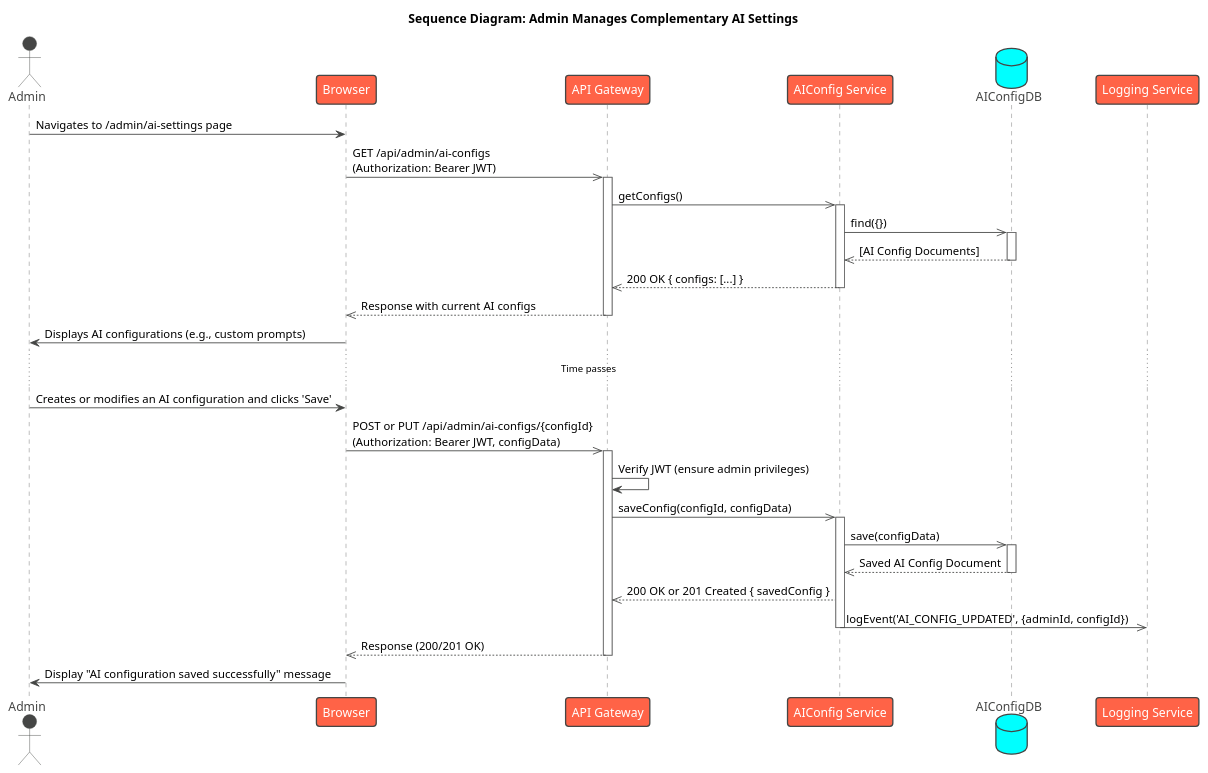
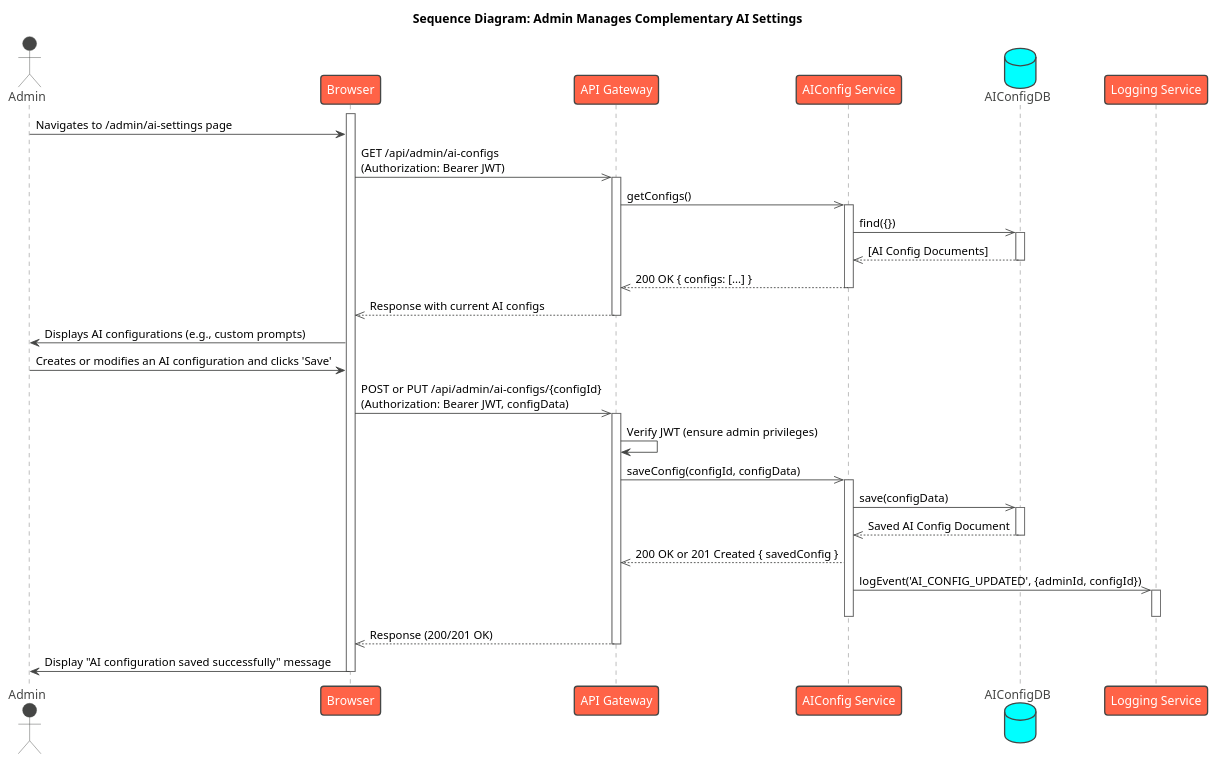
The diagram in UML/Sequences/Admin/AdminEditCompAiSett.puml (Arado3333/PageByPage_Israel_Arad), drawn with PlantUML before and after one commit. The commit also changed 17 other files, not shown here.

Commit message:
updated diagrams

```diff
--- a/UML/Sequences/Admin/AdminEditCompAiSett.puml
+++ b/UML/Sequences/Admin/AdminEditCompAiSett.puml
@@ -1,51 +1,53 @@
 @startuml
 !theme vibrant
 
 title Sequence Diagram: Admin Manages Complementary AI Settings
 
 actor Admin
 participant Browser
 participant "API Gateway" as Gateway
 participant "AIConfig Service" as AIConfigService
 database "AIConfigDB"
 participant "Logging Service" as LoggingService
 
+activate Browser
 Admin -> Browser : Navigates to /admin/ai-settings page
 Browser ->> Gateway : GET /api/admin/ai-configs\n(Authorization: Bearer JWT)
 activate Gateway
 Gateway ->> AIConfigService : getConfigs()
 activate AIConfigService
 AIConfigService ->> AIConfigDB : find({})
 activate AIConfigDB
 AIConfigDB -->> AIConfigService : [AI Config Documents]
 deactivate AIConfigDB
 AIConfigService -->> Gateway : 200 OK { configs: [...] }
 deactivate AIConfigService
 Gateway -->> Browser : Response with current AI configs
 deactivate Gateway
 Browser -> Admin : Displays AI configurations (e.g., custom prompts)
 
-... Time passes ...
 
 Admin -> Browser : Creates or modifies an AI configuration and clicks 'Save'
 Browser ->> Gateway : POST or PUT /api/admin/ai-configs/{configId}\n(Authorization: Bearer JWT, configData)
 activate Gateway
 Gateway -> Gateway : Verify JWT (ensure admin privileges)
 Gateway ->> AIConfigService : saveConfig(configId, configData)
 activate AIConfigService
 
 AIConfigService ->> AIConfigDB : save(configData)
 activate AIConfigDB
 AIConfigDB -->> AIConfigService : Saved AI Config Document
 deactivate AIConfigDB
 
 AIConfigService -->> Gateway : 200 OK or 201 Created { savedConfig }
 ' Asynchronous Logging
 AIConfigService ->> LoggingService : logEvent('AI_CONFIG_UPDATED', {adminId, configId})
+activate LoggingService
+deactivate LoggingService
 deactivate AIConfigService
 
 Gateway -->> Browser : Response (200/201 OK)
 deactivate Gateway
 Browser -> Admin : Display "AI configuration saved successfully" message
-
+deactivate Browser
 @enduml
```
